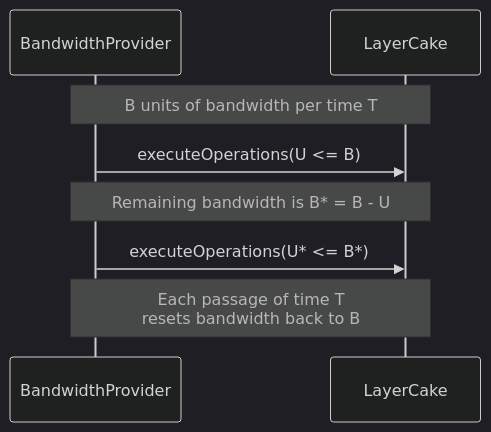
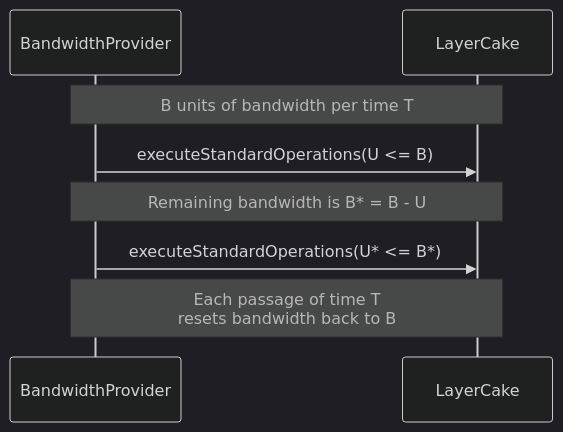
One commit to flare-labs-ltd/layercake changed the third of 3 diagrams in docs/yellow-paper.md. Above: the diagram before and after it, drawn with Mermaid (dark theme). The commit also changed other lines of this file and 3 other files, not shown here.

````diff
--- a/docs/yellow-paper.md
+++ b/docs/yellow-paper.md
@@ -346,10 +281,10 @@
 ```mermaid
 sequenceDiagram
     participant BandwidthProvider
     participant LayerCake
     Note over BandwidthProvider,LayerCake: B units of bandwidth per time T
-    BandwidthProvider->>LayerCake: executeOperations(U <= B)
+    BandwidthProvider->>LayerCake: executeStandardOperations(U <= B)
     Note over BandwidthProvider,LayerCake: Remaining bandwidth is B* = B - U
-    BandwidthProvider->>LayerCake: executeOperations(U* <= B*)
+    BandwidthProvider->>LayerCake: executeStandardOperations(U* <= B*)
     Note over BandwidthProvider,LayerCake: Each passage of time T<br />resets bandwidth back to B
 ```
````
